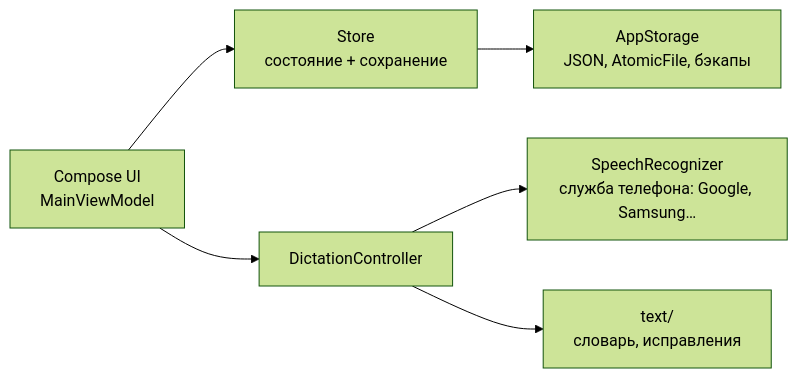
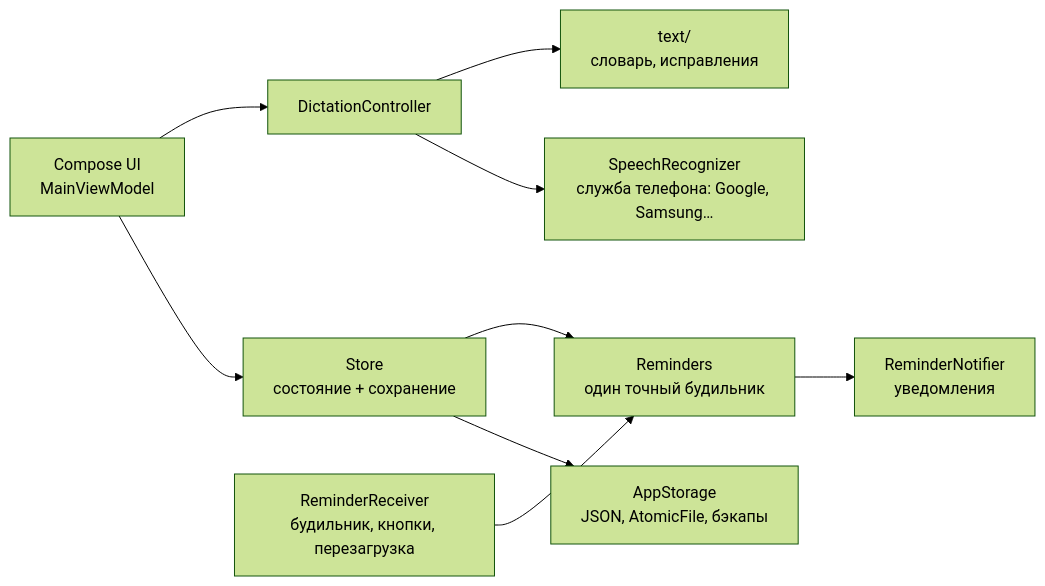
One commit to Keavors/TaskOrginizer changed the diagram in docs/ARCHITECTURE.md. Above: the diagram before and after it, drawn with Mermaid (forest theme). The commit also changed other lines of this file and 28 other files, not shown here.

````diff
--- a/docs/ARCHITECTURE.md
+++ b/docs/ARCHITECTURE.md
@@ -5,8 +5,11 @@
 ```mermaid
 flowchart LR
   UI["Compose UI<br/>MainViewModel"] --> Store["Store<br/>состояние + сохранение"]
   Store --> Disk["AppStorage<br/>JSON, AtomicFile, бэкапы"]
   UI --> Dict["DictationController"]
   Dict --> SR["SpeechRecognizer<br/>служба телефона: Google, Samsung…"]
   Dict --> Text["text/<br/>словарь, исправления"]
+  Store --> Rem["Reminders<br/>один точный будильник"]
+  Rem --> Notif["ReminderNotifier<br/>уведомления"]
+  Alarm["ReminderReceiver<br/>будильник, кнопки, перезагрузка"] --> Rem
 ```
````
